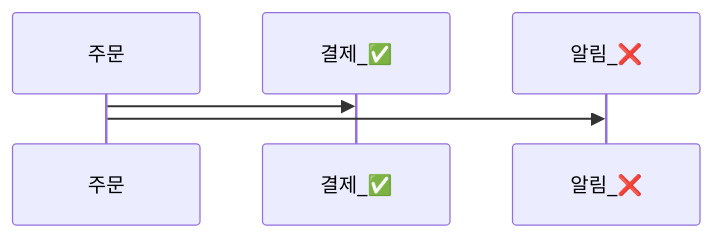
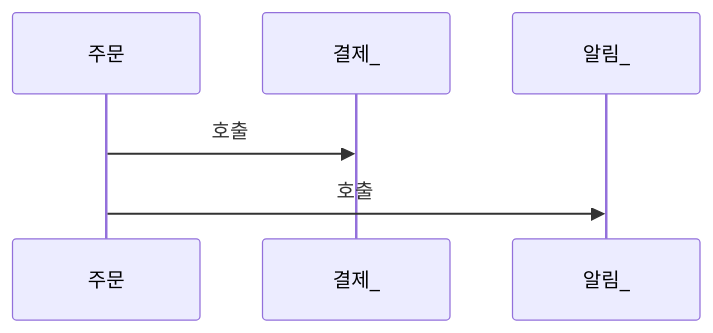
Before and after one commit to yjkim2015/yjkim2015.github.io: the first of 12 diagrams in _posts/kafka/2026-05-03-kafka-practical-patterns.md, drawn with Mermaid. The commit also changed other lines of this file and 85 other files, not shown here.

First line of the commit message:
sequenceDiagram 문법 에러 2차 수정 169개 (86파일)

````diff
--- a/_posts/kafka/2026-05-03-kafka-practical-patterns.md
+++ b/_posts/kafka/2026-05-03-kafka-practical-patterns.md
@@ -36,5 +36,5 @@
 ```mermaid
 sequenceDiagram
-    주문->>결제_✅:
-    주문->>알림_❌:
+    주문->>결제_: 호출
+    주문->>알림_: 호출
 ```
````
